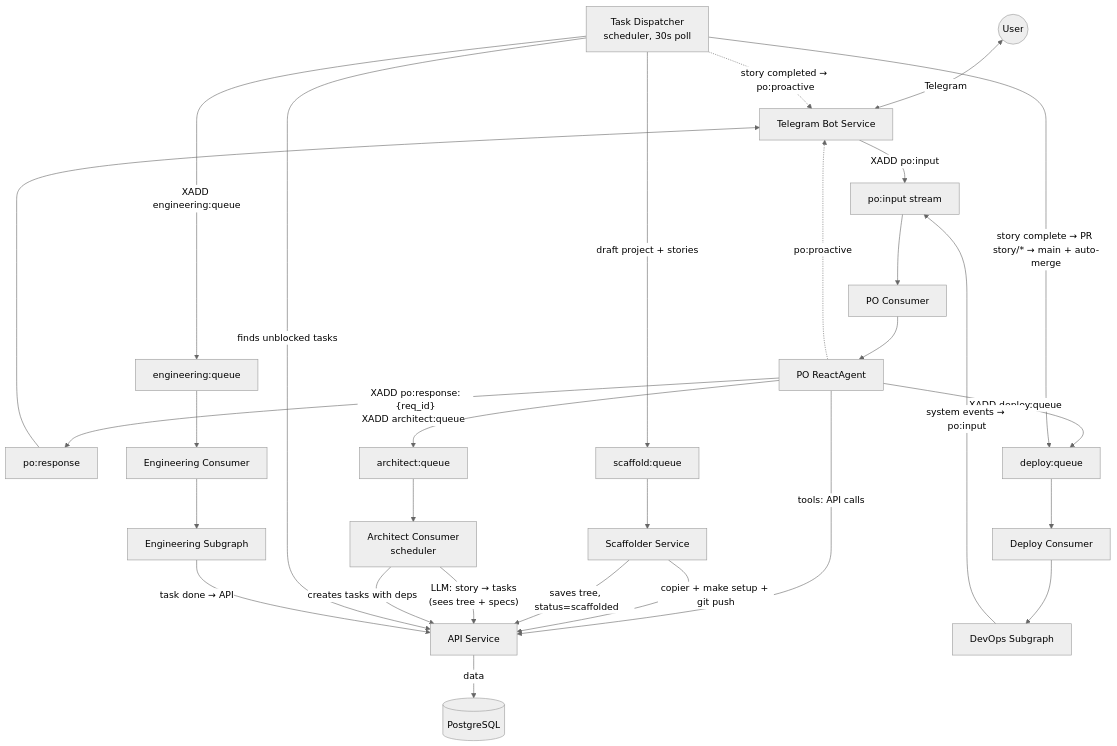
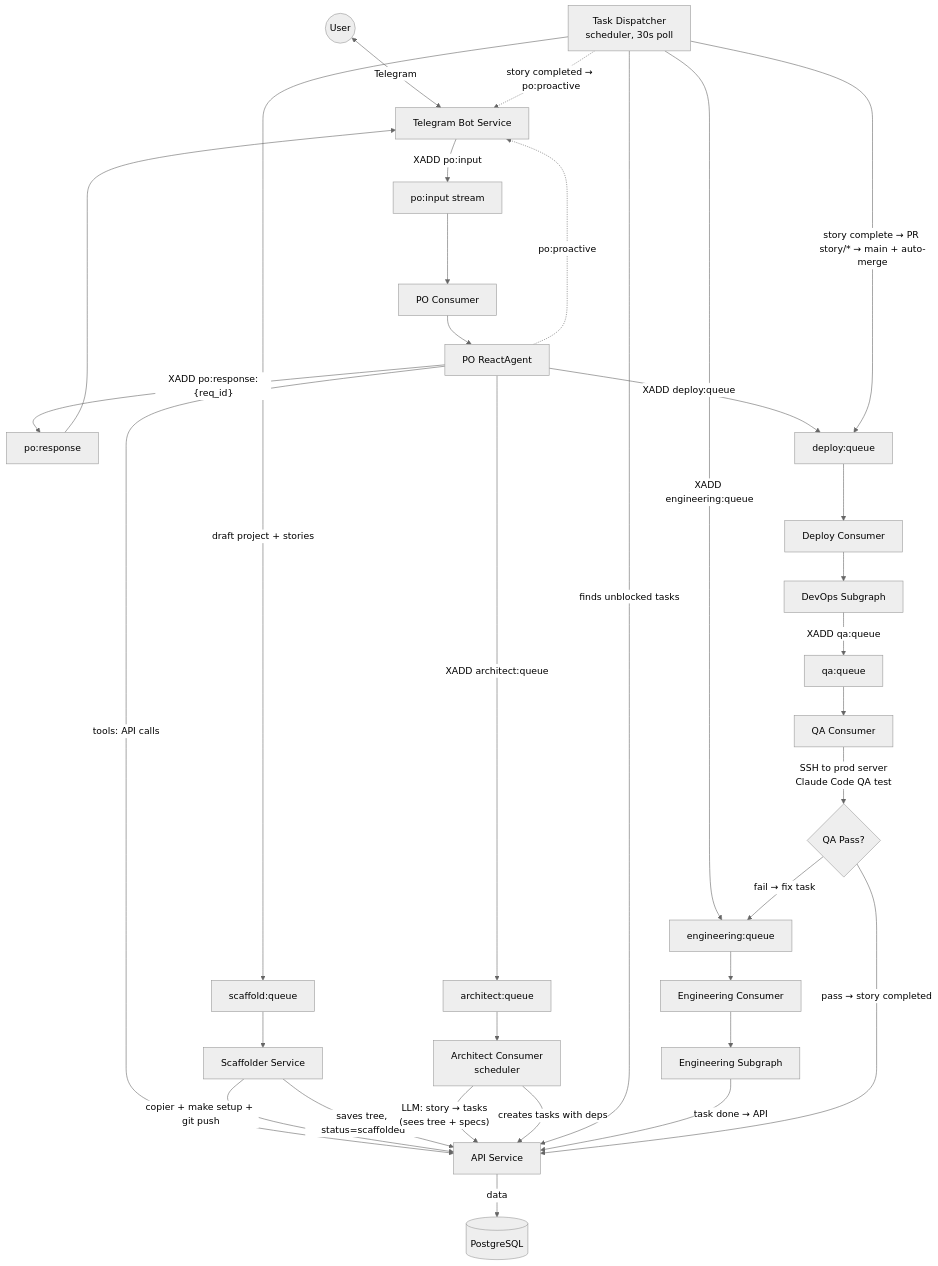
The diagram in ARCHITECTURE.md (vladmesh/codegen_orchestrator), drawn with Mermaid (neutral theme) before and after one commit. The commit also changed other lines of this file and 6 other files, not shown here.

````diff
--- a/ARCHITECTURE.md
+++ b/ARCHITECTURE.md
@@ -75,40 +75,44 @@
 ```mermaid
 graph TD
     User((User)) <--> |Telegram| Bot[Telegram Bot Service]
     Bot --> |"XADD po:input"| POInput[po:input stream]
     POInput --> POConsumer[PO Consumer]
     POConsumer --> PO[PO ReactAgent]
     PO --> |"XADD po:response:{req_id}"| POResp[po:response]
     POResp --> Bot
 
     PO --> |"tools: API calls"| API[API Service]
     PO --> |"XADD architect:queue"| ArchQueue[architect:queue]
     PO --> |"XADD deploy:queue"| DeployQueue[deploy:queue]
     PO -.-> |"po:proactive"| Bot
 
     API --> |"data"| DB[(PostgreSQL)]
 
     Dispatcher[Task Dispatcher<br/>scheduler, 30s poll] --> |"draft project + stories"| ScaffoldQueue[scaffold:queue]
     ScaffoldQueue --> Scaffolder[Scaffolder Service]
     Scaffolder --> |"copier + make setup + git push"| API
     Scaffolder --> |"saves tree, status=scaffolded"| API
 
     ArchQueue --> ArchConsumer[Architect Consumer<br/>scheduler]
     ArchConsumer --> |"LLM: story → tasks<br/>(sees tree + specs)"| API
     ArchConsumer --> |"creates tasks with deps"| API
 
     Dispatcher --> |"finds unblocked tasks"| API
     Dispatcher --> |"XADD engineering:queue"| EngQueue[engineering:queue]
     Dispatcher --> |"story complete → PR story/* → main + auto-merge"| DeployQueue
 
     EngQueue --> EngConsumer[Engineering Consumer]
     EngConsumer --> EngGraph[Engineering Subgraph]
 
     DeployQueue --> DepConsumer[Deploy Consumer]
     DepConsumer --> DepGraph[DevOps Subgraph]
+    DepGraph --> |"XADD qa:queue"| QAQueue[qa:queue]
+    QAQueue --> QAConsumer[QA Consumer]
+    QAConsumer --> |"SSH to prod server<br/>Claude Code QA test"| QAResult{QA Pass?}
 
     %% Feedback Loops
     EngGraph --> |"task done → API"| API
-    DepGraph --> |"system events → po:input"| POInput
+    QAResult --> |"pass → story completed"| API
+    QAResult --> |"fail → fix task"| EngQueue
     Dispatcher -.-> |"story completed → po:proactive"| Bot
 ```
````
